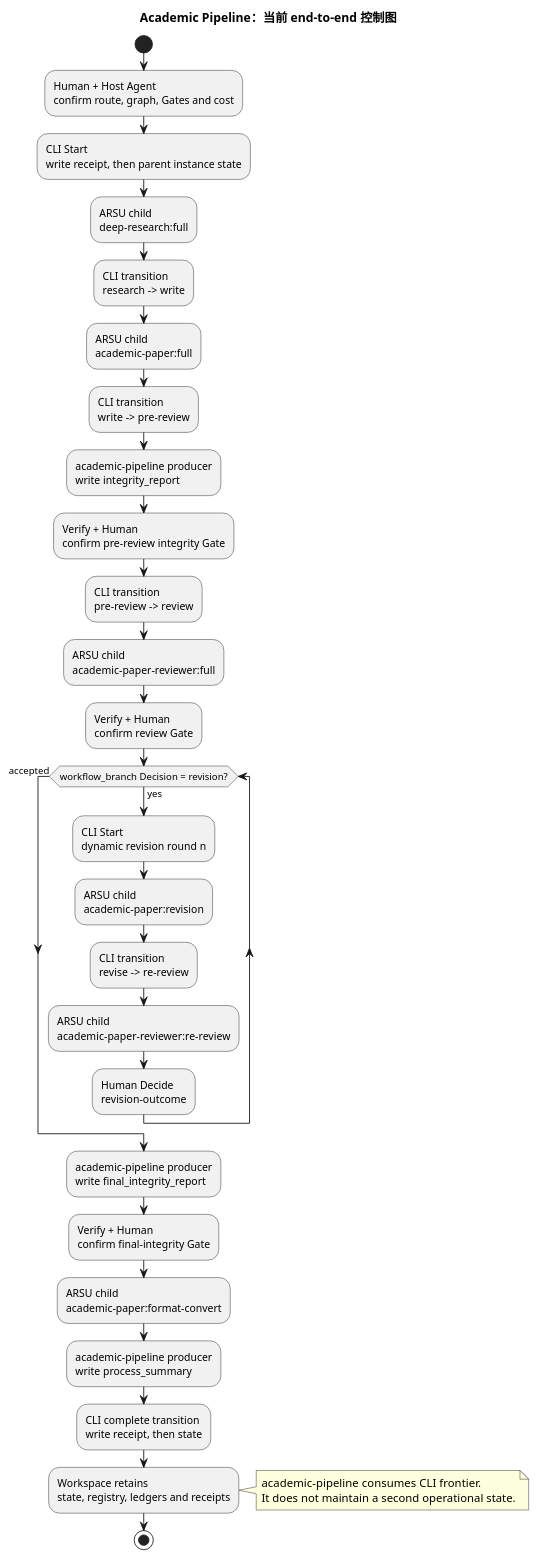
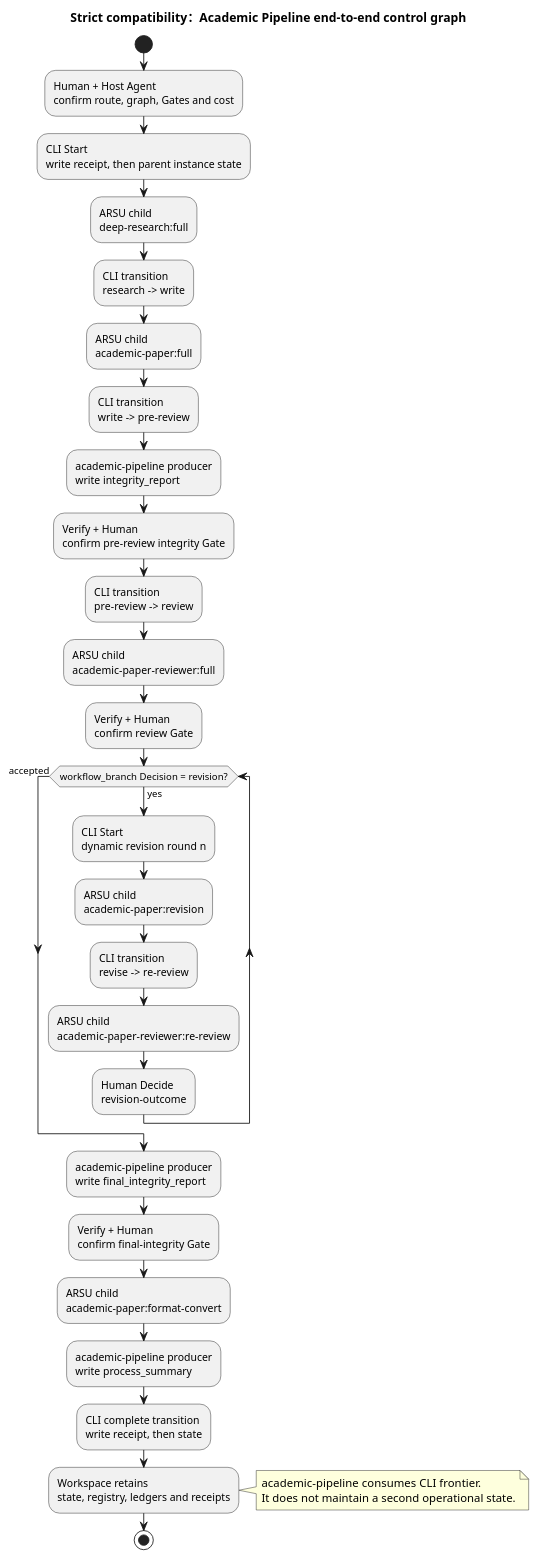
Before and after one commit to leike0813/ResearchSpec: the diagram in docs/researchspec_arsu_runtime/diagrams/src/academic-pipeline-workflow.puml, drawn with PlantUML. The commit also changed 114 other files, not shown here.

```diff
--- a/docs/researchspec_arsu_runtime/diagrams/src/academic-pipeline-workflow.puml
+++ b/docs/researchspec_arsu_runtime/diagrams/src/academic-pipeline-workflow.puml
@@ -1,34 +1,34 @@
 @startuml
-title Academic Pipeline：当前 end-to-end 控制图
+title Strict compatibility：Academic Pipeline end-to-end control graph
 skinparam shadowing false
 start
 :Human + Host Agent\nconfirm route, graph, Gates and cost;
 :CLI Start\nwrite receipt, then parent instance state;
 :ARSU child\ndeep-research:full;
 :CLI transition\nresearch -> write;
 :ARSU child\nacademic-paper:full;
 :CLI transition\nwrite -> pre-review;
 :academic-pipeline producer\nwrite integrity_report;
 :Verify + Human\nconfirm pre-review integrity Gate;
 :CLI transition\npre-review -> review;
 :ARSU child\nacademic-paper-reviewer:full;
 :Verify + Human\nconfirm review Gate;
 while (workflow_branch Decision = revision?) is (yes)
   :CLI Start\ndynamic revision round n;
   :ARSU child\nacademic-paper:revision;
   :CLI transition\nrevise -> re-review;
   :ARSU child\nacademic-paper-reviewer:re-review;
   :Human Decide\nrevision-outcome;
 endwhile (accepted)
 :academic-pipeline producer\nwrite final_integrity_report;
 :Verify + Human\nconfirm final-integrity Gate;
 :ARSU child\nacademic-paper:format-convert;
 :academic-pipeline producer\nwrite process_summary;
 :CLI complete transition\nwrite receipt, then state;
 :Workspace retains\nstate, registry, ledgers and receipts;
 note right
   academic-pipeline consumes CLI frontier.
   It does not maintain a second operational state.
 end note
 stop
 @enduml
```
